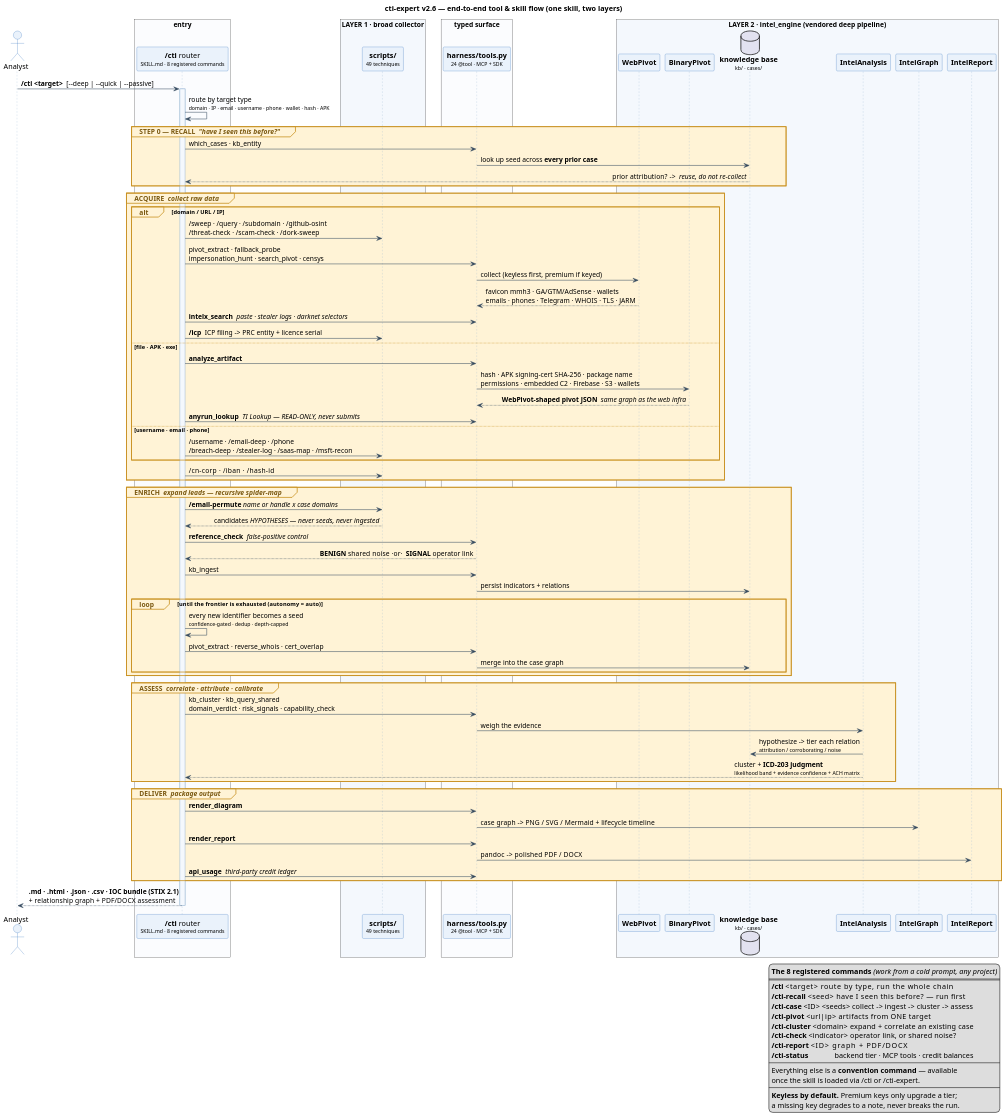
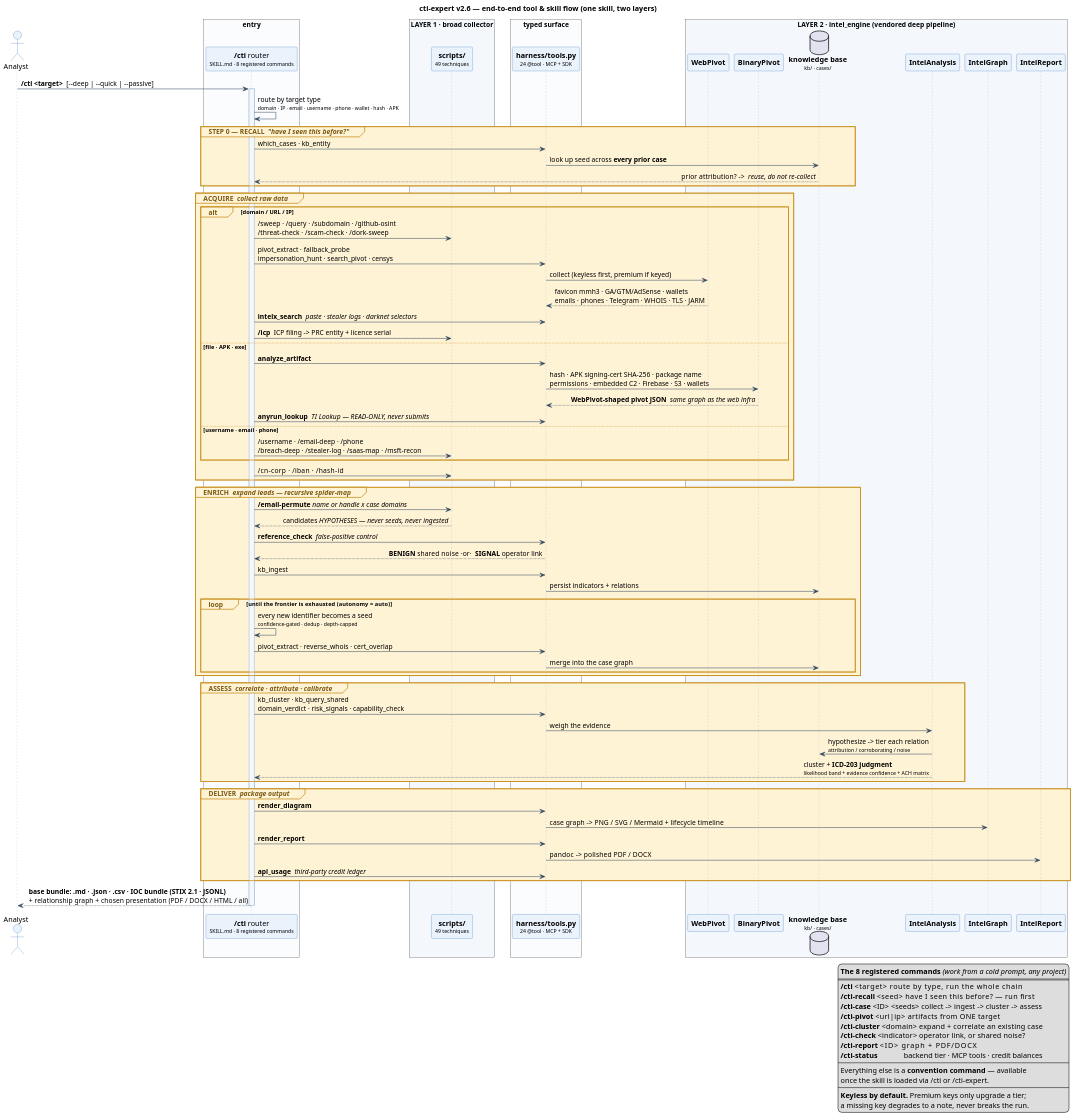
Before and after one commit to 7onez/cti-expert: the diagram in workflow-skills.puml, drawn with PlantUML. The commit also changed 4 other files, not shown here.

```diff
--- a/workflow-skills.puml
+++ b/workflow-skills.puml
@@ -1,123 +1,123 @@
 @startuml
 title cti-expert v2.6 — end-to-end tool & skill flow (one skill, two layers)
 skinparam shadowing false
 skinparam dpi 150
 skinparam defaultFontName "Segoe UI"
 skinparam sequenceMessageAlign direction
 skinparam BoxPadding 14
 skinparam sequence {
   ArrowColor #34495E
   LifeLineBorderColor #9BB7D4
   LifeLineBackgroundColor #F4F8FD
   ParticipantBorderColor #2C6FBB
   ParticipantBackgroundColor #EAF2FB
   ActorBorderColor #2C6FBB
   ActorBackgroundColor #EAF2FB
   GroupBorderColor #C8901F
   GroupBackgroundColor #FFF3D6
   GroupHeaderFontColor #7A5810
 }
 
 actor "Analyst" as A
 
 box "entry" #FBFCFE
   participant "**/cti** router\n<size:10>SKILL.md · 8 registered commands</size>" as CTI
 end box
 
 box "LAYER 1 · broad collector" #F4F8FD
   participant "**scripts/**\n<size:10>49 techniques</size>" as L1
 end box
 
 box "typed surface" #FBFCFE
   participant "**harness/tools.py**\n<size:10>24 @tool · MCP + SDK</size>" as MCP
 end box
 
 box "LAYER 2 · intel_engine (vendored deep pipeline)" #F4F8FD
   participant "**WebPivot**" as WP
   participant "**BinaryPivot**" as BP
   database "**knowledge base**\n<size:10>kb/ · cases/</size>" as KB
   participant "**IntelAnalysis**" as IA
   participant "**IntelGraph**" as IG
   participant "**IntelReport**" as IR
 end box
 
 A -> CTI : **/cti <target>**  [~--deep | ~--quick | ~--passive]
 activate CTI
 CTI -> CTI : route by target type\n<size:10>domain · IP · email · username · phone · wallet · hash · APK</size>
 
 group #FFF3D6 STEP 0 — RECALL  //"have I seen this before?"//
   CTI -> MCP : which_cases · kb_entity
   MCP -> KB : look up seed across **every prior case**
   KB --> CTI : prior attribution?  ->  //reuse, do not re-collect//
 end
 
 group #FFF3D6 ACQUIRE  //collect raw data//
   alt domain / URL / IP
     CTI -> L1 : /sweep · /query · /subdomain · /github-osint\n/threat-check · /scam-check · /dork-sweep
     CTI -> MCP : pivot_extract · fallback_probe\nimpersonation_hunt · search_pivot · censys
     MCP -> WP : collect (keyless first, premium if keyed)
     WP --> MCP : favicon mmh3 · GA/GTM/AdSense · wallets\nemails · phones · Telegram · WHOIS · TLS · JARM
     CTI -> MCP : **intelx_search**  //paste · stealer logs · darknet selectors//
     CTI -> L1 : **/icp**  ICP filing -> PRC entity + licence serial
   else file · APK · exe
     CTI -> MCP : **analyze_artifact**
     MCP -> BP : hash · APK signing-cert SHA-256 · package name\npermissions · embedded C2 · Firebase · S3 · wallets
     BP --> MCP : **WebPivot-shaped pivot JSON**  //same graph as the web infra//
     CTI -> MCP : **anyrun_lookup**  //TI Lookup — READ-ONLY, never submits//
   else username · email · phone
     CTI -> L1 : /username · /email-deep · /phone\n/breach-deep · /stealer-log · /saas-map · /msft-recon
   end
   CTI -> L1 : /cn-corp  ·  /iban  ·  /hash-id
 end
 
 group #FFF3D6 ENRICH  //expand leads — recursive spider-map//
   CTI -> L1 : **/email-permute** //name or handle x case domains//
   L1 --> CTI : candidates //HYPOTHESES — never seeds, never ingested//
   CTI -> MCP : **reference_check**  //false-positive control//
   MCP --> CTI : **BENIGN** shared noise  ·or·  **SIGNAL** operator link
   CTI -> MCP : kb_ingest
   MCP -> KB : persist indicators + relations
   loop until the frontier is exhausted   (autonomy = auto)
     CTI -> CTI : every new identifier becomes a seed\n<size:10>confidence-gated · dedup · depth-capped</size>
     CTI -> MCP : pivot_extract · reverse_whois · cert_overlap
     MCP -> KB : merge into the case graph
   end
 end
 
 group #FFF3D6 ASSESS  //correlate · attribute · calibrate//
   CTI -> MCP : kb_cluster · kb_query_shared\ndomain_verdict · risk_signals · capability_check
   MCP -> IA : weigh the evidence
   IA -> KB : hypothesize -> tier each relation\n<size:10>attribution / corroborating / noise</size>
   IA --> CTI : cluster + **ICD-203 judgment**\n<size:10>likelihood band + evidence confidence + ACH matrix</size>
 end
 
 group #FFF3D6 DELIVER  //package output//
   CTI -> MCP : **render_diagram**
   MCP -> IG : case graph  ->  PNG / SVG / Mermaid + lifecycle timeline
   CTI -> MCP : **render_report**
   MCP -> IR : pandoc  ->  polished PDF / DOCX
   CTI -> MCP : **api_usage**  //third-party credit ledger//
 end
 
-CTI --> A : **.md · .html · .json · .csv · IOC bundle (STIX 2.1)**\n+ relationship graph  +  PDF/DOCX assessment
+CTI --> A : **base bundle: .md · .json · .csv · IOC bundle (STIX 2.1 · JSONL)**\n+ relationship graph  +  chosen presentation (PDF / DOCX / HTML / all)
 deactivate CTI
 
 legend right
   **The 8 registered commands** //(work from a cold prompt, any project)//
   ====
   **/cti** <target>            route by type, run the whole chain
   **/cti-recall** <seed>       have I seen this before?  — run first
   **/cti-case** <ID> <seeds>   collect -> ingest -> cluster -> assess
   **/cti-pivot** <url|ip>      artifacts from ONE target
   **/cti-cluster** <domain>    expand + correlate an existing case
   **/cti-check** <indicator>   operator link, or shared noise?
   **/cti-report** <ID>         graph + PDF/DOCX
   **/cti-status**              backend tier · MCP tools · credit balances
   ----
   Everything else is a **convention command** — available
   once the skill is loaded via /cti or /cti-expert.
   ----
   **Keyless by default.** Premium keys only upgrade a tier;
   a missing key degrades to a note, never breaks the run.
 endlegend
 @enduml
```
